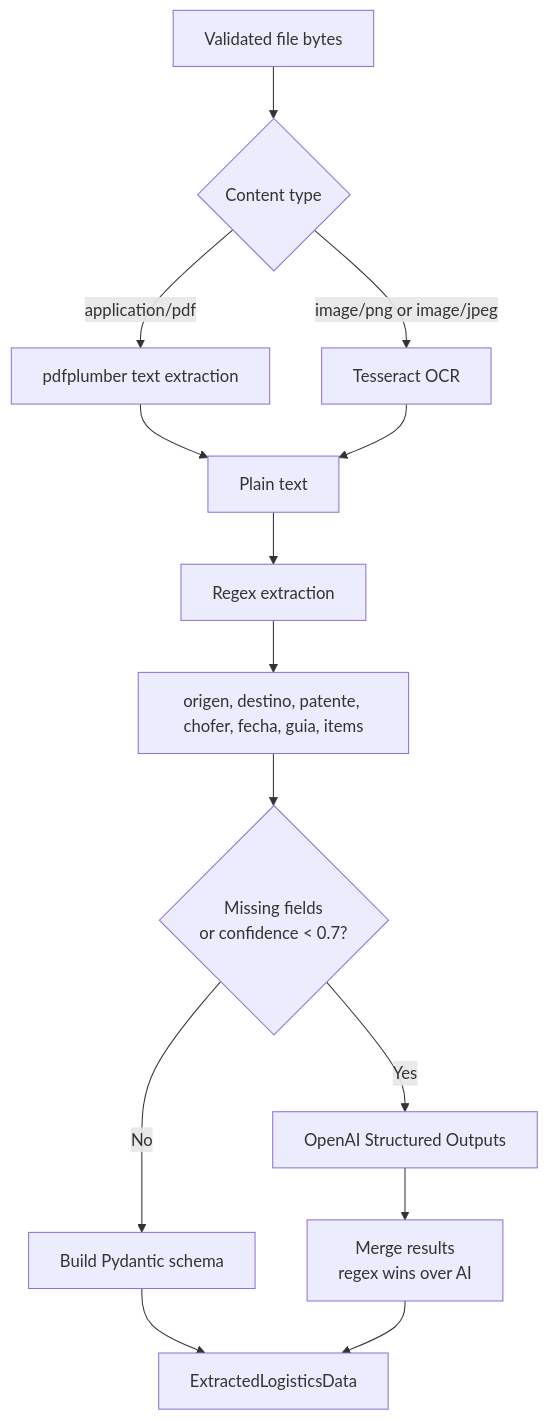
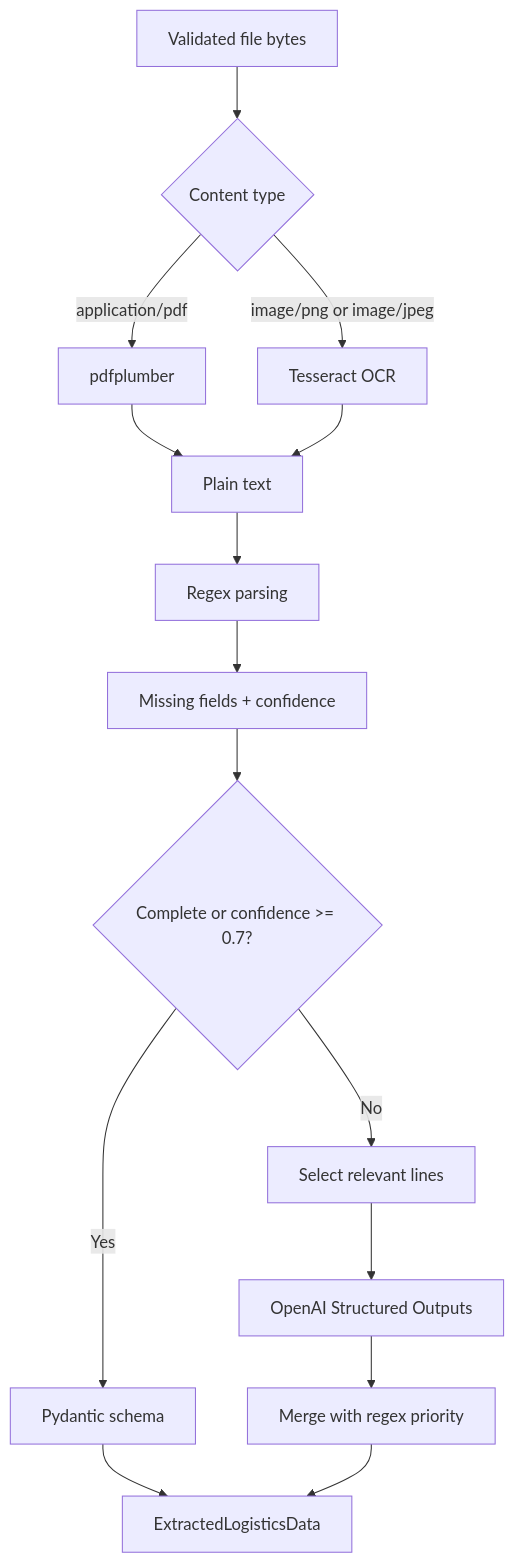
Before and after one commit to hxcCoder/LogisParse: the diagram in logisparse/docs/AI_EXTRACTION.md, drawn with Mermaid. The commit also changed other lines of this file and 24 other files, not shown here.

````diff
--- a/logisparse/docs/AI_EXTRACTION.md
+++ b/logisparse/docs/AI_EXTRACTION.md
@@ -5,16 +8,17 @@
 ```mermaid
 flowchart TD
     A["Validated file bytes"] --> B{"Content type"}
-    B -- "application/pdf" --> C["pdfplumber text extraction"]
+    B -- "application/pdf" --> C["pdfplumber"]
     B -- "image/png or image/jpeg" --> D["Tesseract OCR"]
     C --> E["Plain text"]
     D --> E
-    E --> F["Regex extraction"]
-    F --> G["origen, destino, patente, chofer, fecha, guia, items"]
-    G --> H{"Missing fields<br/>or confidence < 0.7?"}
-    H -- "No" --> I["Build Pydantic schema"]
-    H -- "Yes" --> J["OpenAI Structured Outputs"]
-    J --> K["Merge results<br/>regex wins over AI"]
-    I --> L["ExtractedLogisticsData"]
-    K --> L
+    E --> F["Regex parsing"]
+    F --> G["Missing fields + confidence"]
+    G --> H{"Complete or confidence >= 0.7?"}
+    H -- "Yes" --> I["Pydantic schema"]
+    H -- "No" --> J["Select relevant lines"]
+    J --> K["OpenAI Structured Outputs"]
+    K --> L["Merge with regex priority"]
+    I --> M["ExtractedLogisticsData"]
+    L --> M
 ```
````
